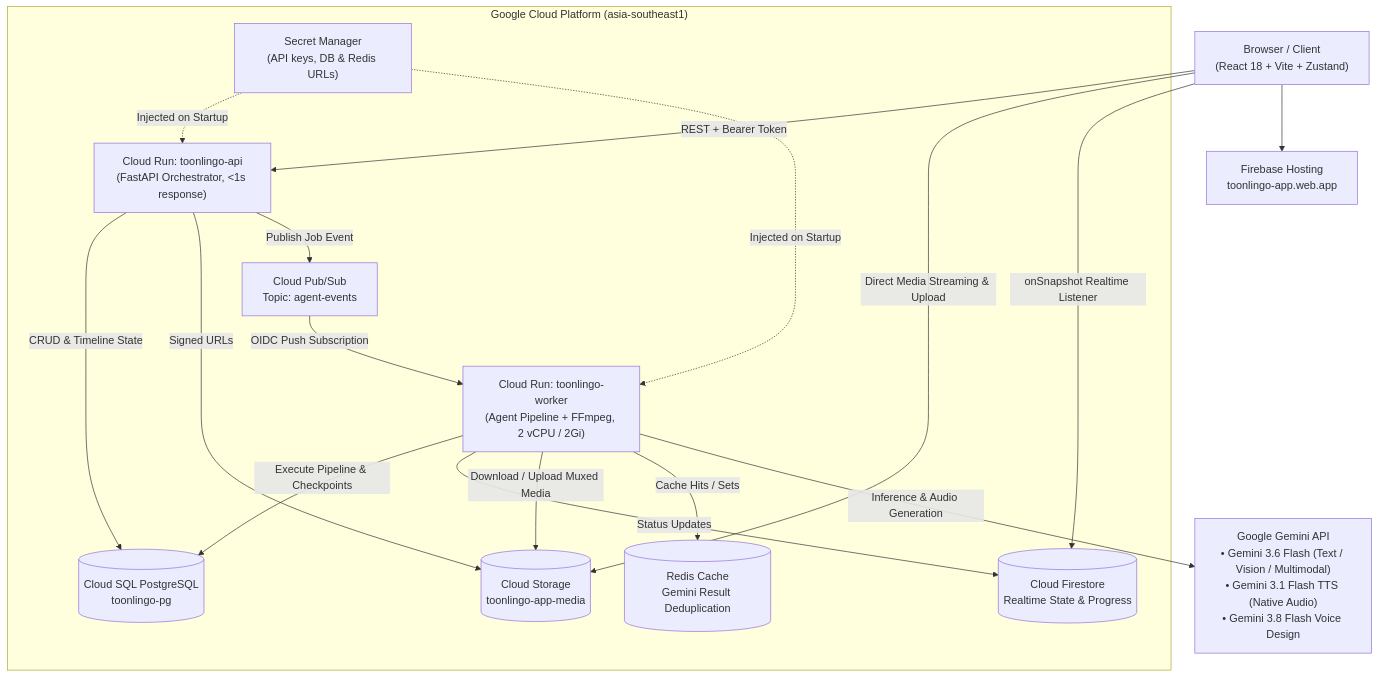
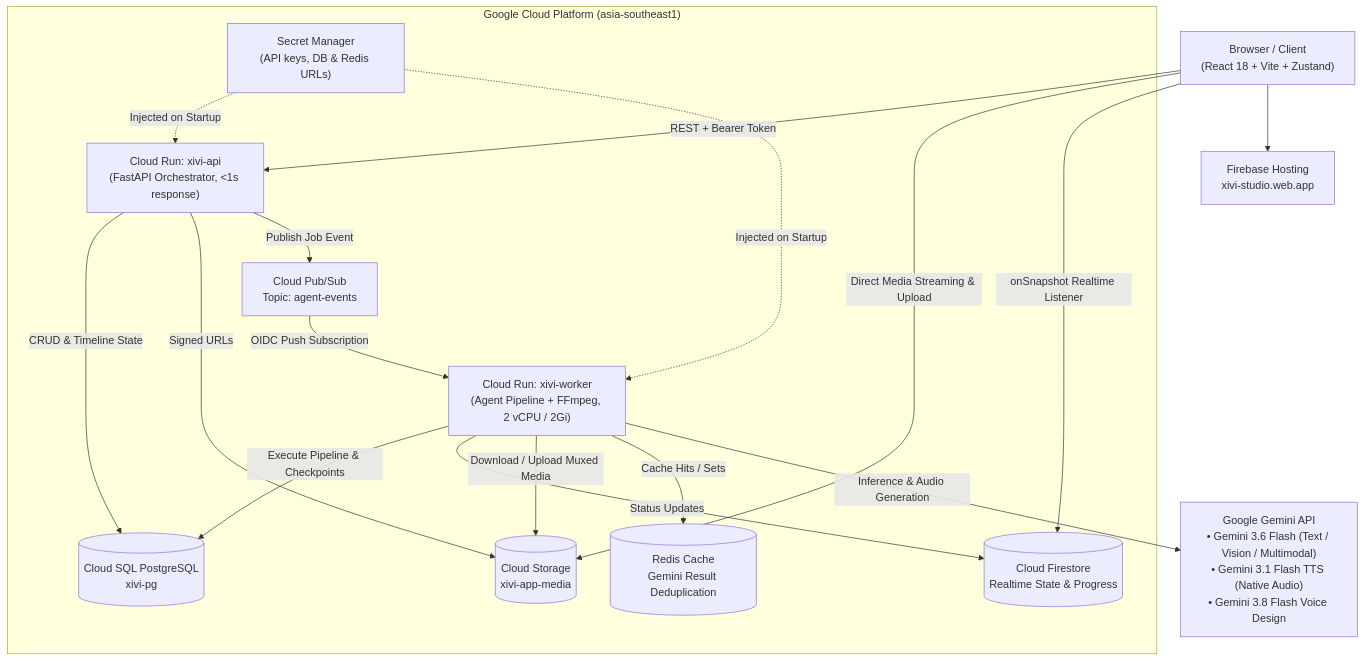
One commit to datnguyentien0401/xivi-dubbing-video changed the diagram in README.md. Above: the diagram before and after it, drawn with Mermaid. The commit also changed other lines of this file and 2 other files, not shown here.

Commit message:
rename to xivi

````diff
--- a/README.md
+++ b/README.md
@@ -40,36 +40,36 @@
 ```mermaid
 graph TD
     Client["Browser / Client<br/>(React 18 + Vite + Zustand)"]
-    FirebaseHosting["Firebase Hosting<br/>toonlingo-app.web.app"]
+    FirebaseHosting["Firebase Hosting<br/>xivi-studio.web.app"]
     
     subgraph GCP["Google Cloud Platform (asia-southeast1)"]
-        API["Cloud Run: toonlingo-api<br/>(FastAPI Orchestrator, &lt;1s response)"]
-        Worker["Cloud Run: toonlingo-worker<br/>(Agent Pipeline + FFmpeg, 2 vCPU / 2Gi)"]
+        API["Cloud Run: xivi-api<br/>(FastAPI Orchestrator, &lt;1s response)"]
+        Worker["Cloud Run: xivi-worker<br/>(Agent Pipeline + FFmpeg, 2 vCPU / 2Gi)"]
         PubSub["Cloud Pub/Sub<br/>Topic: agent-events"]
-        CloudSQL[("Cloud SQL PostgreSQL<br/>toonlingo-pg")]
-        GCS[("Cloud Storage<br/>toonlingo-app-media")]
+        CloudSQL[("Cloud SQL PostgreSQL<br/>xivi-pg")]
+        GCS[("Cloud Storage<br/>xivi-app-media")]
         Firestore[("Cloud Firestore<br/>Realtime State &amp; Progress")]
         Redis[("Redis Cache<br/>Gemini Result Deduplication")]
         Secrets["Secret Manager<br/>(API keys, DB &amp; Redis URLs)"]
     end
 
     Gemini["Google Gemini API<br/>• Gemini 3.6 Flash (Text / Vision / Multimodal)<br/>• Gemini 3.1 Flash TTS (Native Audio)<br/>• Gemini 3.8 Flash Voice Design"]
 
     Client --> FirebaseHosting
     Client -->|REST + Bearer Token| API
     Client -->|Direct Media Streaming &amp; Upload| GCS
     Client -->|onSnapshot Realtime Listener| Firestore
 
     API -->|CRUD &amp; Timeline State| CloudSQL
     API -->|Signed URLs| GCS
     API -->|Publish Job Event| PubSub
     
     PubSub -->|OIDC Push Subscription| Worker
     Worker -->|Execute Pipeline &amp; Checkpoints| CloudSQL
     Worker -->|Status Updates| Firestore
     Worker -->|Download / Upload Muxed Media| GCS
     Worker -->|Cache Hits / Sets| Redis
     Worker -->|Inference &amp; Audio Generation| Gemini
     Secrets -.->|Injected on Startup| API
     Secrets -.->|Injected on Startup| Worker
 ```
````
